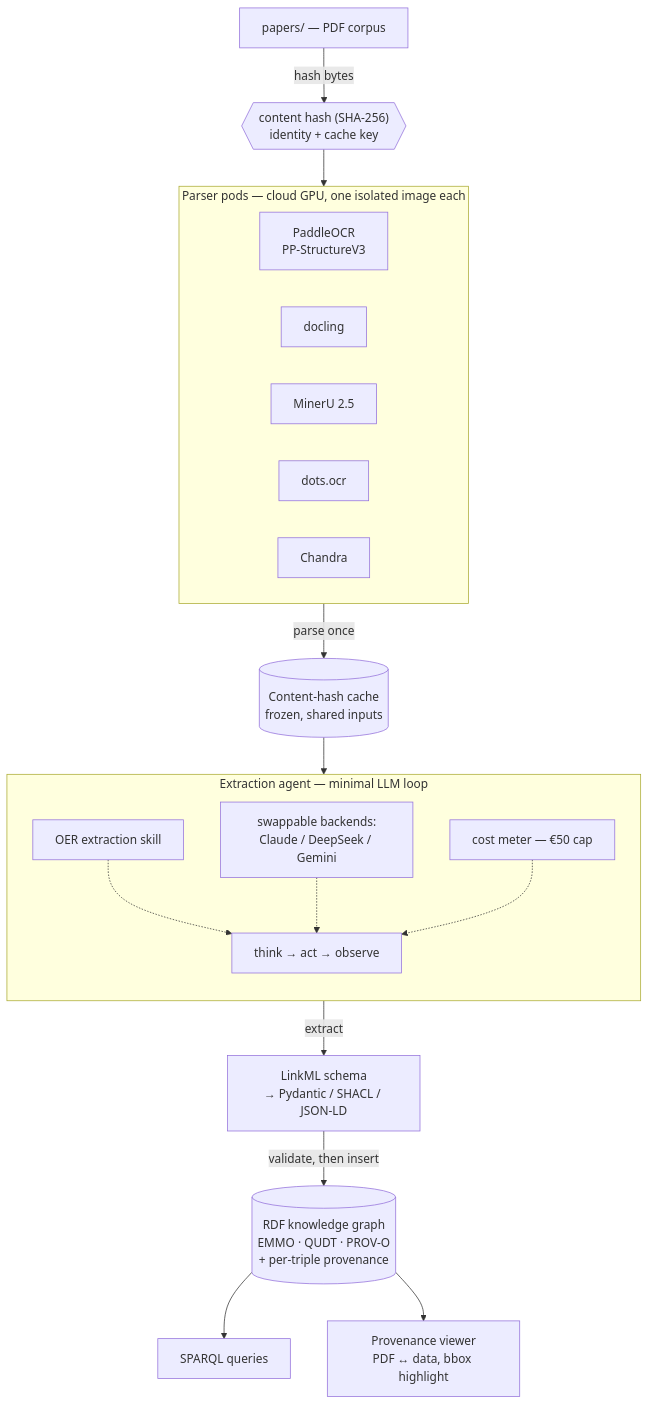
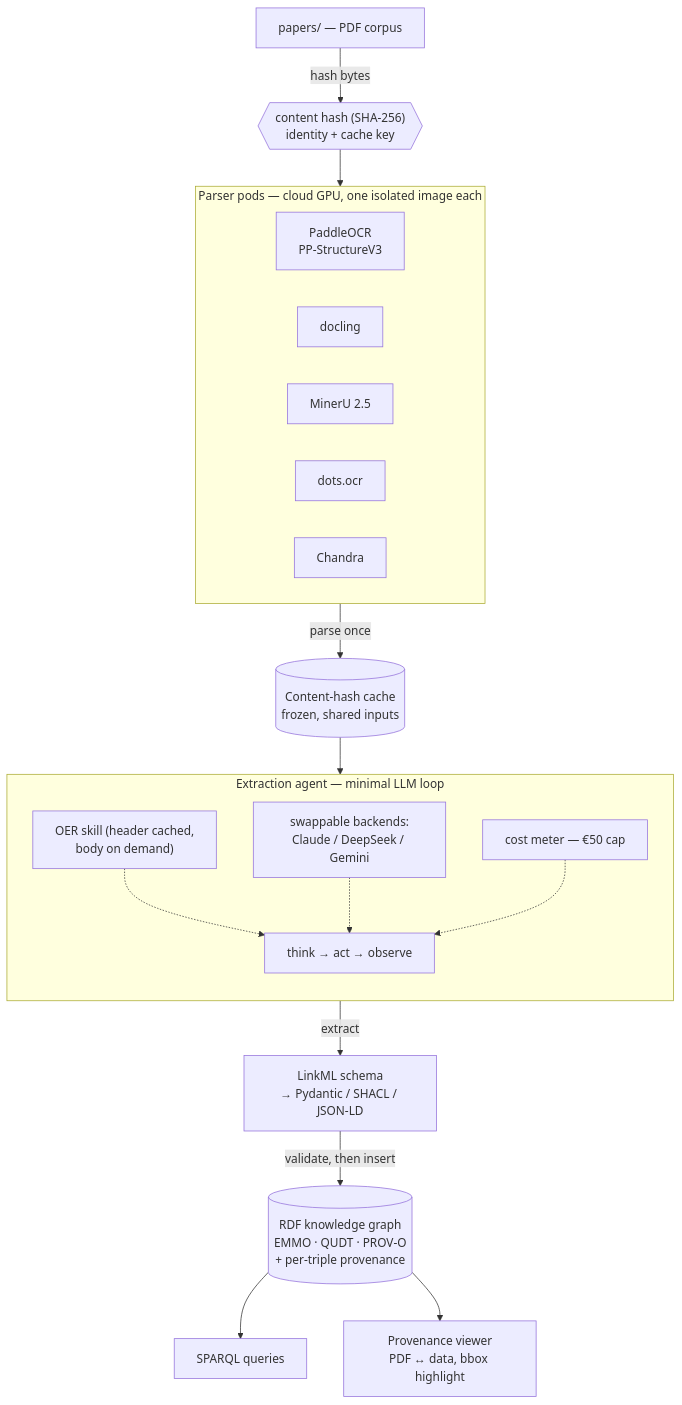
Before and after one commit to sleipnir029/palimpsest: the diagram in report/figures/architecture.mmd, drawn with Mermaid. The commit also changed 9 other files, not shown here.

First line of the commit message:
docs(report): fix schema-first vs explore-first figure/prose contradiction

```diff
--- a/report/figures/architecture.mmd
+++ b/report/figures/architecture.mmd
@@ -1,36 +1,36 @@
 flowchart TB
     PDF["papers/ — PDF corpus"]
     HASH{{"content hash (SHA-256)<br/>identity + cache key"}}
     PDF -->|"hash bytes"| HASH
 
     subgraph PARSERS["Parser pods — cloud GPU, one isolated image each"]
         direction LR
         P1["PaddleOCR<br/>PP-StructureV3"]
         P2["docling"]
         P3["MinerU 2.5"]
         P4["dots.ocr"]
         P5["Chandra"]
     end
     HASH --> PARSERS
     CACHE[("Content-hash cache<br/>frozen, shared inputs")]
     PARSERS -->|"parse once"| CACHE
 
     subgraph AGENT["Extraction agent — minimal LLM loop"]
         direction TB
         LOOP["think → act → observe"]
-        SKILL["OER extraction skill"]
+        SKILL["OER skill (header cached,<br/>body on demand)"]
         MODELS["swappable backends:<br/>Claude / DeepSeek / Gemini"]
         METER["cost meter — €50 cap"]
         SKILL -.-> LOOP
         MODELS -.-> LOOP
         METER -.-> LOOP
     end
     CACHE --> AGENT
 
     SCHEMA["LinkML schema<br/>→ Pydantic / SHACL / JSON-LD"]
     AGENT -->|"extract"| SCHEMA
     GRAPH[("RDF knowledge graph<br/>EMMO · QUDT · PROV-O<br/>+ per-triple provenance")]
     SCHEMA -->|"validate, then insert"| GRAPH
 
     GRAPH --> SPARQL["SPARQL queries"]
     GRAPH --> VIEWER["Provenance viewer<br/>PDF ↔ data, bbox highlight"]
```
